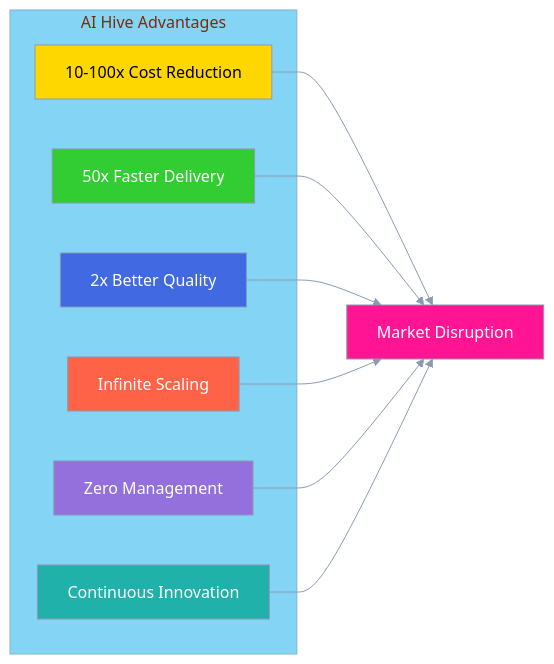
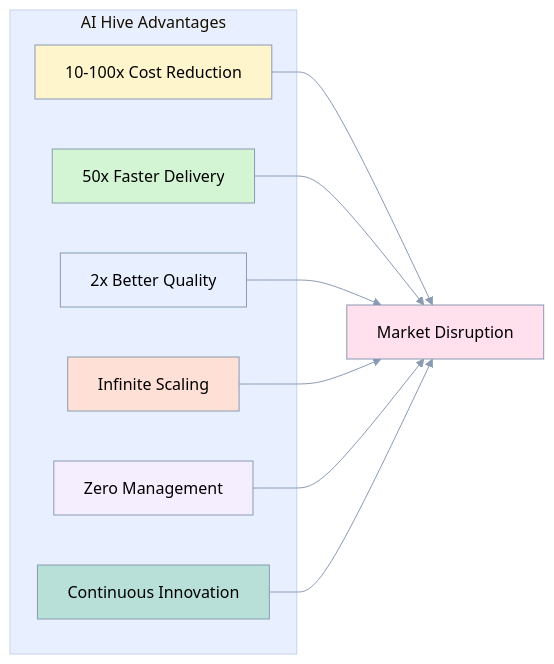
The tenth of 10 diagrams in business-documents/competitive-positioning/04-feature-comparison.md (o2alexanderfedin/AI-Hive-Business-Docs), drawn with Mermaid before and after one commit. The commit also changed other lines of this file and 3 other files, not shown here.

````diff
--- a/business-documents/competitive-positioning/04-feature-comparison.md
+++ b/business-documents/competitive-positioning/04-feature-comparison.md
@@ -604,39 +641,39 @@
 ```mermaid
 %%{init: {
   'theme': 'base',
   'themeVariables': {
     'primaryColor': '#A8B8D0',
     'primaryTextColor': '#000000',
     'primaryBorderColor': '#8A9AB2',
     'lineColor': '#8A9AB2',
-    'secondaryColor': '#5DBCB6',
-    'tertiaryColor': '#84D4F5',
+    'secondaryColor': '#B8E0D8',
+    'tertiaryColor': '#E8F0FF',
     'background': '#F5F5F5'
   }
 }}%%
 graph LR
     subgraph "AI Hive Advantages"
         A[10-100x Cost Reduction]
         B[50x Faster Delivery]
         C[2x Better Quality]
         D[Infinite Scaling]
         E[Zero Management]
         F[Continuous Innovation]
 
-        style A fill:#FFD700,color:#000
-        style B fill:#32CD32,color:#fff
-        style C fill:#4169E1,color:#fff
-        style D fill:#FF6347,color:#fff
-        style E fill:#9370DB,color:#fff
-        style F fill:#20B2AA,color:#fff
+        style A fill:#FFF5CC,color:#000
+        style B fill:#D4F5D4,color:#000
+        style C fill:#E8F0FF,color:#000
+        style D fill:#FFE0D6,color:#000
+        style E fill:#F5EEFF,color:#000
+        style F fill:#B8E0D8,color:#000
     end
 
     A --> G[Market Disruption]
     B --> G
     C --> G
     D --> G
     E --> G
     F --> G
 
-    style G fill:#FF1493,color:#fff
+    style G fill:#FFE0EC,color:#000
 ```
````
